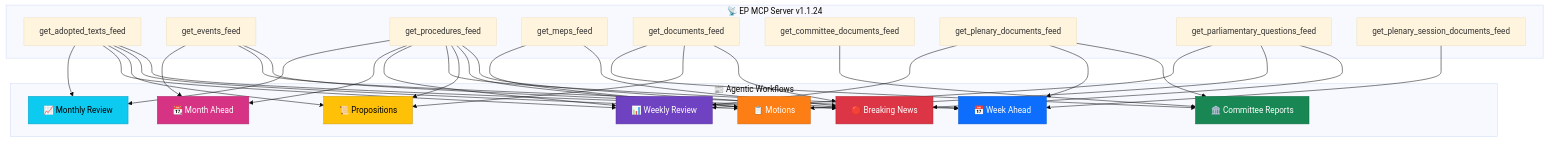
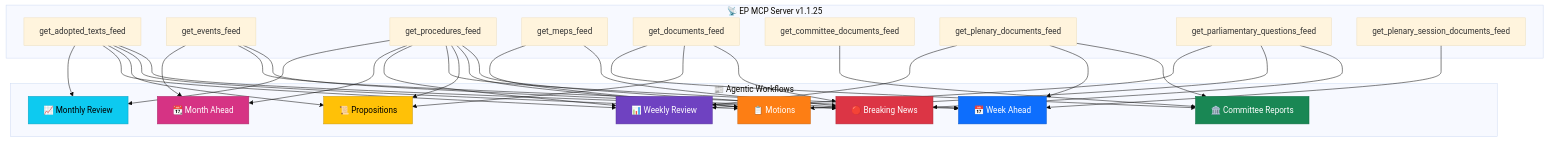
Before and after one commit to Hack23/euparliamentmonitor: the fifth of 7 diagrams in docs/api/media/README-3.md, drawn with Mermaid (base theme). The commit also changed other lines of this file and 29 other files, not shown here.

First line of the commit message:
chore: update european-parliament-mcp-server version to 1.1.25 in all workflows, configs, and docs

````diff
--- a/docs/api/media/README-3.md
+++ b/docs/api/media/README-3.md
@@ -357,44 +357,44 @@
 ```mermaid
 flowchart TD
-    subgraph "📡 EP MCP Server v1.1.24"
+    subgraph "📡 EP MCP Server v1.1.25"
         F1["get_adopted_texts_feed"]
         F2["get_events_feed"]
         F3["get_procedures_feed"]
         F4["get_meps_feed"]
         F5["get_documents_feed"]
         F6["get_committee_documents_feed"]
         F7["get_plenary_documents_feed"]
         F8["get_parliamentary_questions_feed"]
         F9["get_plenary_session_documents_feed"]
     end
 
     subgraph "📰 Agentic Workflows"
         W1["🔴 Breaking News"]
         W2["📋 Motions"]
         W3["📜 Propositions"]
         W4["🏛️ Committee Reports"]
         W5["📅 Week Ahead"]
         W6["📊 Weekly Review"]
         W7["📆 Month Ahead"]
         W8["📈 Monthly Review"]
     end
 
     F1 --> W1 & W2 & W3 & W6 & W8
     F2 --> W1 & W5 & W7
     F3 --> W1 & W2 & W3 & W5 & W6 & W7 & W8
     F4 --> W1 & W2
     F5 --> W1 & W3 & W4
     F6 --> W4
     F7 --> W4 & W5 & W6
     F8 --> W1 & W2 & W6
     F9 --> W5
 
     style W1 fill:#dc3545,stroke:#b02a37,color:#fff
     style W2 fill:#fd7e14,stroke:#ca6510,color:#fff
     style W3 fill:#ffc107,stroke:#cc9a06,color:#000
     style W4 fill:#198754,stroke:#146c43,color:#fff
     style W5 fill:#0d6efd,stroke:#0a58ca,color:#fff
     style W6 fill:#6f42c1,stroke:#59359a,color:#fff
     style W7 fill:#d63384,stroke:#ab296a,color:#fff
     style W8 fill:#0dcaf0,stroke:#0aa2c0,color:#000
 ```
````
